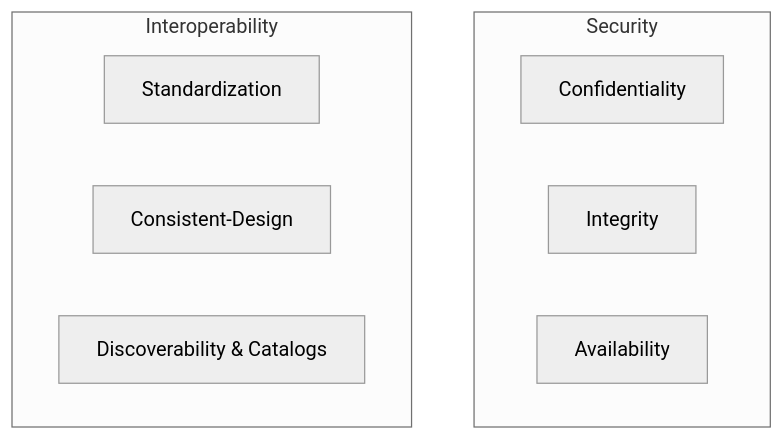
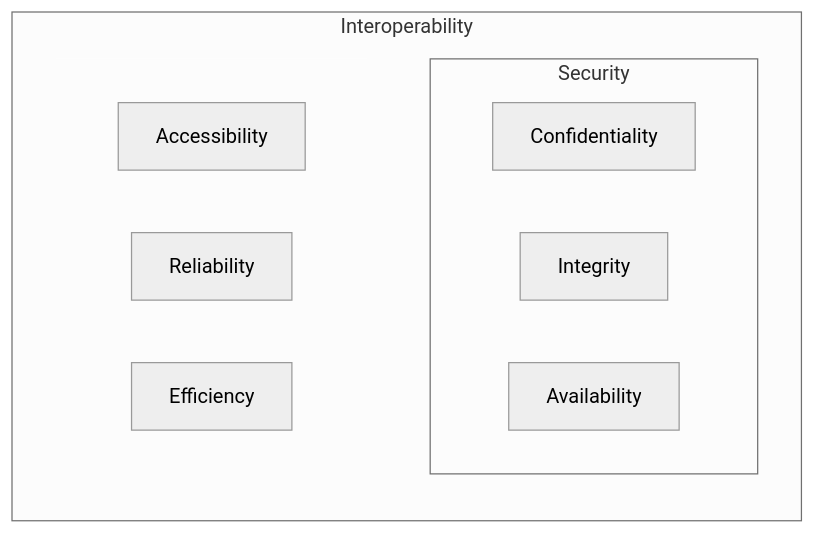
Before and after one commit to ioggstream/python-course: the first of 3 diagrams in connexion-101/010-interoperable-apis.md, drawn with Mermaid (neutral theme). The commit also changed other lines of this file, not shown here.

````diff
--- a/connexion-101/010-interoperable-apis.md
+++ b/connexion-101/010-interoperable-apis.md
@@ -31,15 +35,21 @@
 ```mermaid
-graph
+graph LR
 
 subgraph Security
     Confidentiality
     Integrity
     Availability
 end
 
 subgraph Interoperability
-    Standardization
-    Consistent-Design
-    Discoverability[Discoverability & Catalogs]
+  subgraph pad[ ]
+      Accessibility
+      Reliability
+      Efficiency
+  end
+  Security
 end
+
+classDef pad stroke: none;
+class pad pad;
 ```
````
